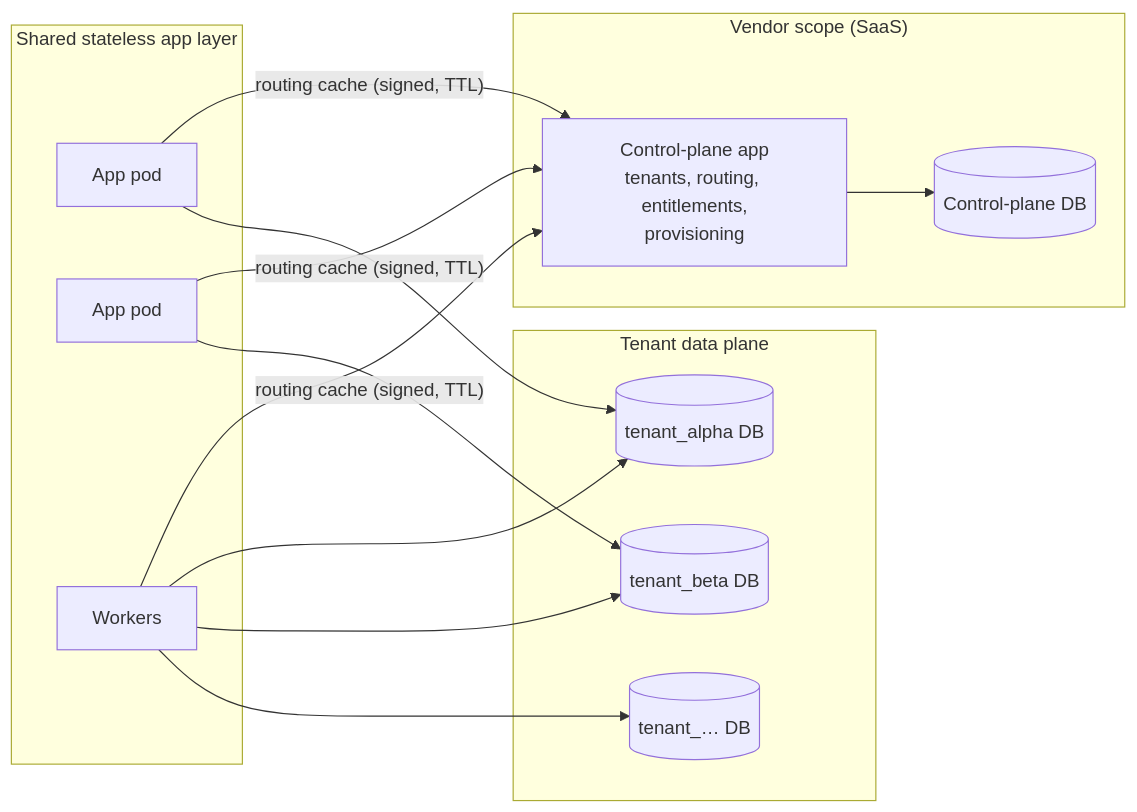
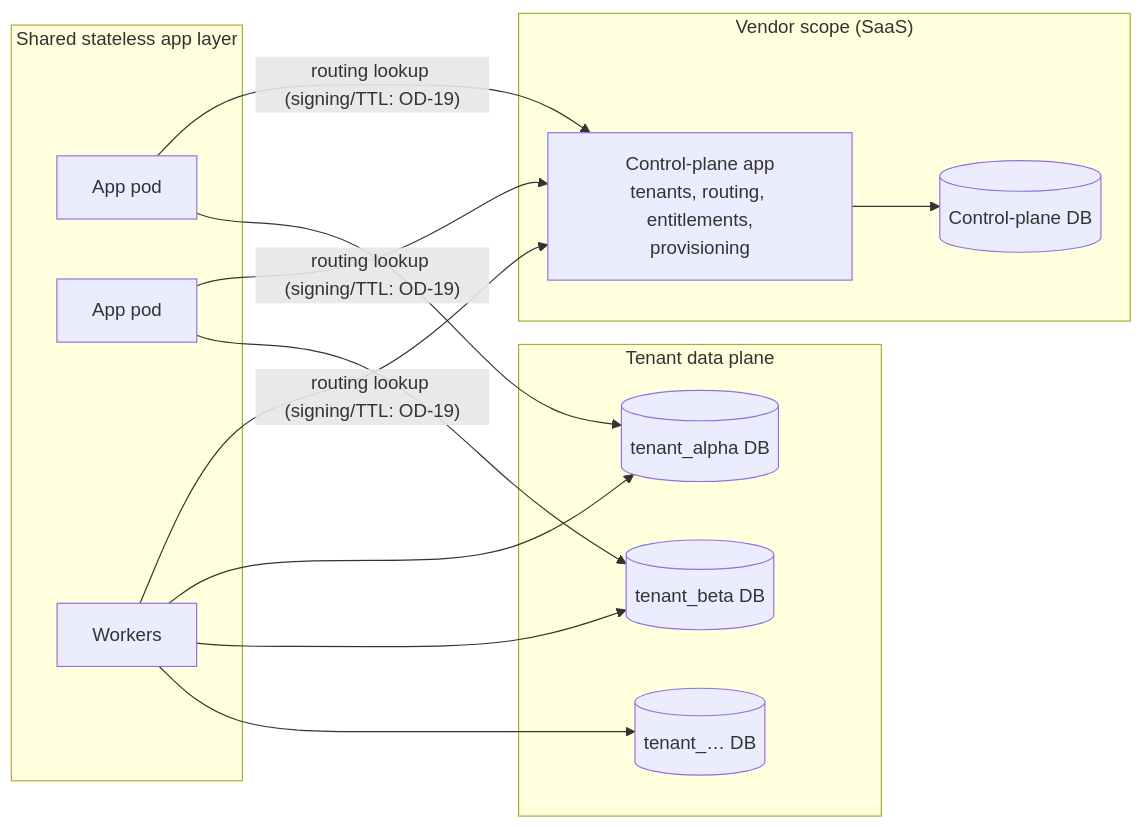
One commit to medext/core-cbs changed the diagram in docs/architecture/tenancy-and-deployment.md. Above: the diagram before and after it, drawn with Mermaid. The commit also changed other lines of this file and 11 other files, not shown here.

````diff
--- a/docs/architecture/tenancy-and-deployment.md
+++ b/docs/architecture/tenancy-and-deployment.md
@@ -26,22 +26,22 @@
 ```mermaid
 flowchart LR
     subgraph Vendor["Vendor scope (SaaS)"]
         CPDB[(Control-plane DB)]
         CP[Control-plane app<br/>tenants, routing, entitlements,<br/>provisioning]
     end
     subgraph Shared["Shared stateless app layer"]
         API1[App pod]
         API2[App pod]
         WRK[Workers]
     end
     subgraph Data["Tenant data plane"]
         T1[(tenant_alpha DB)]
         T2[(tenant_beta DB)]
         TN[(tenant_… DB)]
     end
     CP --> CPDB
-    API1 & API2 & WRK -- "routing cache (signed, TTL)" --> CP
+    API1 & API2 & WRK -- "routing lookup (signing/TTL: OD-19)" --> CP
     API1 --> T1
     API2 --> T2
     WRK --> T1 & T2 & TN
 ```
````
